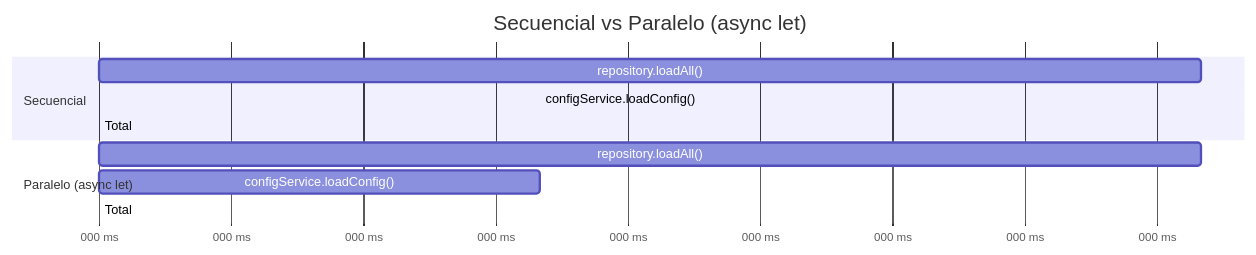
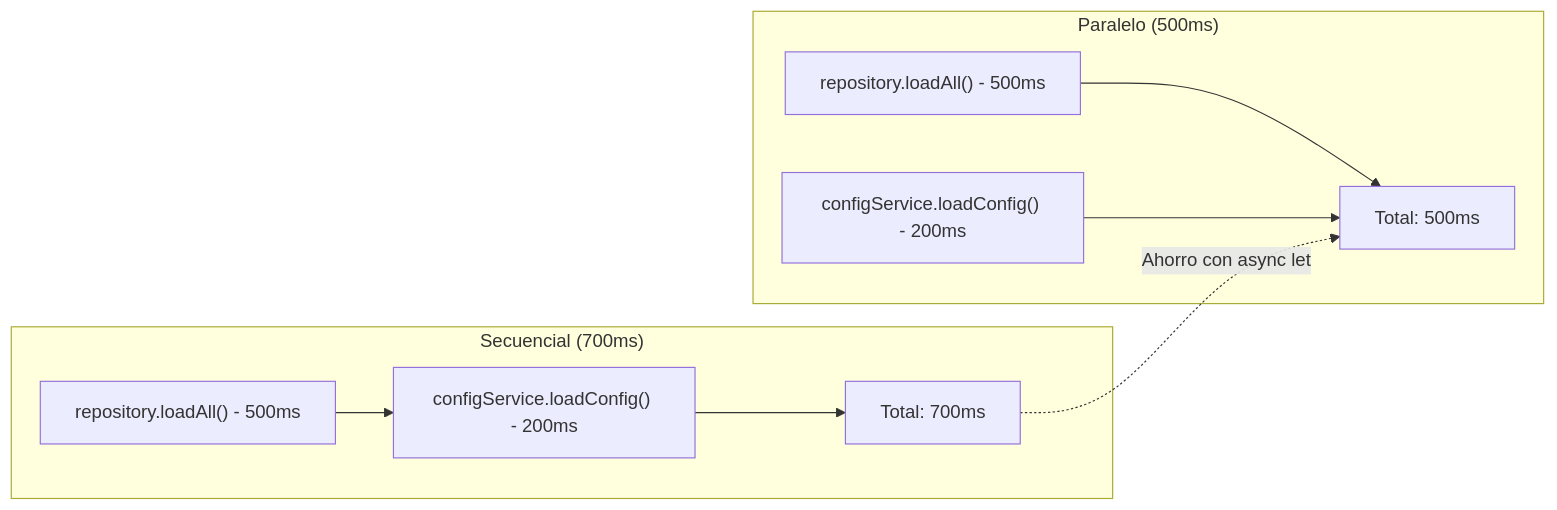
The fourth of 6 diagrams in 05-maestria/03-structured-concurrency.md (SwiftEnProfundidad/stack-my-architecture-ios), drawn with Mermaid before and after one commit.

Commit message:
docs(ios): ajustar flechas de secuencia para direccion explicita

````diff
--- a/05-maestria/03-structured-concurrency.md
+++ b/05-maestria/03-structured-concurrency.md
@@ -114,16 +114,14 @@
 ```mermaid
-gantt
-    title Secuencial vs Paralelo (async let)
-    dateFormat X
-    axisFormat %L ms
+flowchart LR
+    subgraph SEQ["Secuencial (700ms)"]
+        S1["repository.loadAll() - 500ms"] --> S2["configService.loadConfig() - 200ms"]
+        S2 --> ST["Total: 700ms"]
+    end
 
-    section Secuencial
-    repository.loadAll()        :s1, 0, 500
-    configService.loadConfig()  :s2, after s1, 200
-    Total: 700ms                :milestone, after s2, 0
+    subgraph PAR["Paralelo (500ms)"]
+        P1["repository.loadAll() - 500ms"] --> PT["Total: 500ms"]
+        P2["configService.loadConfig() - 200ms"] --> PT
+    end
 
-    section Paralelo (async let)
-    repository.loadAll()        :p1, 0, 500
-    configService.loadConfig()  :p2, 0, 200
-    Total: 500ms                :milestone, 500, 0
+    ST -.->|"Ahorro con async let"| PT
 ```
````
